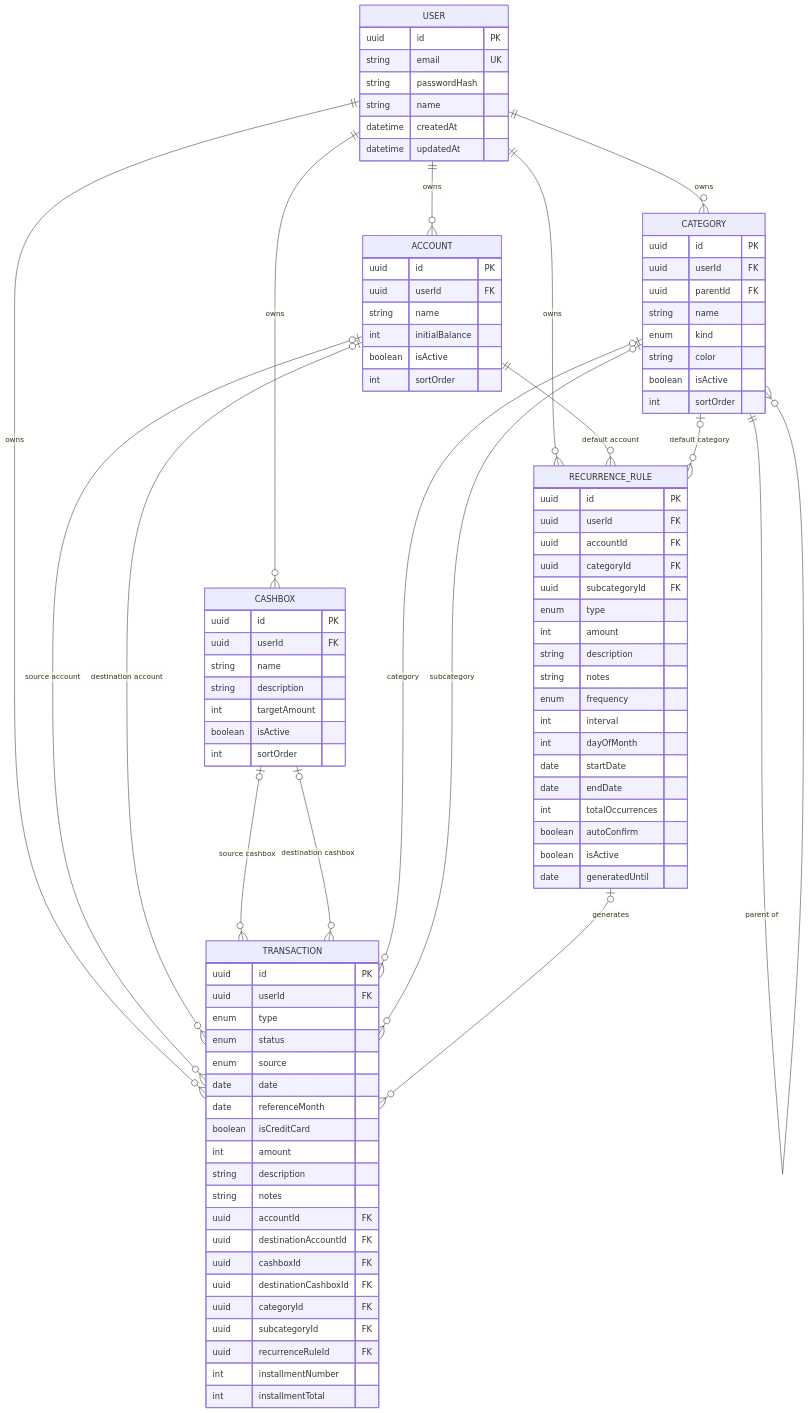
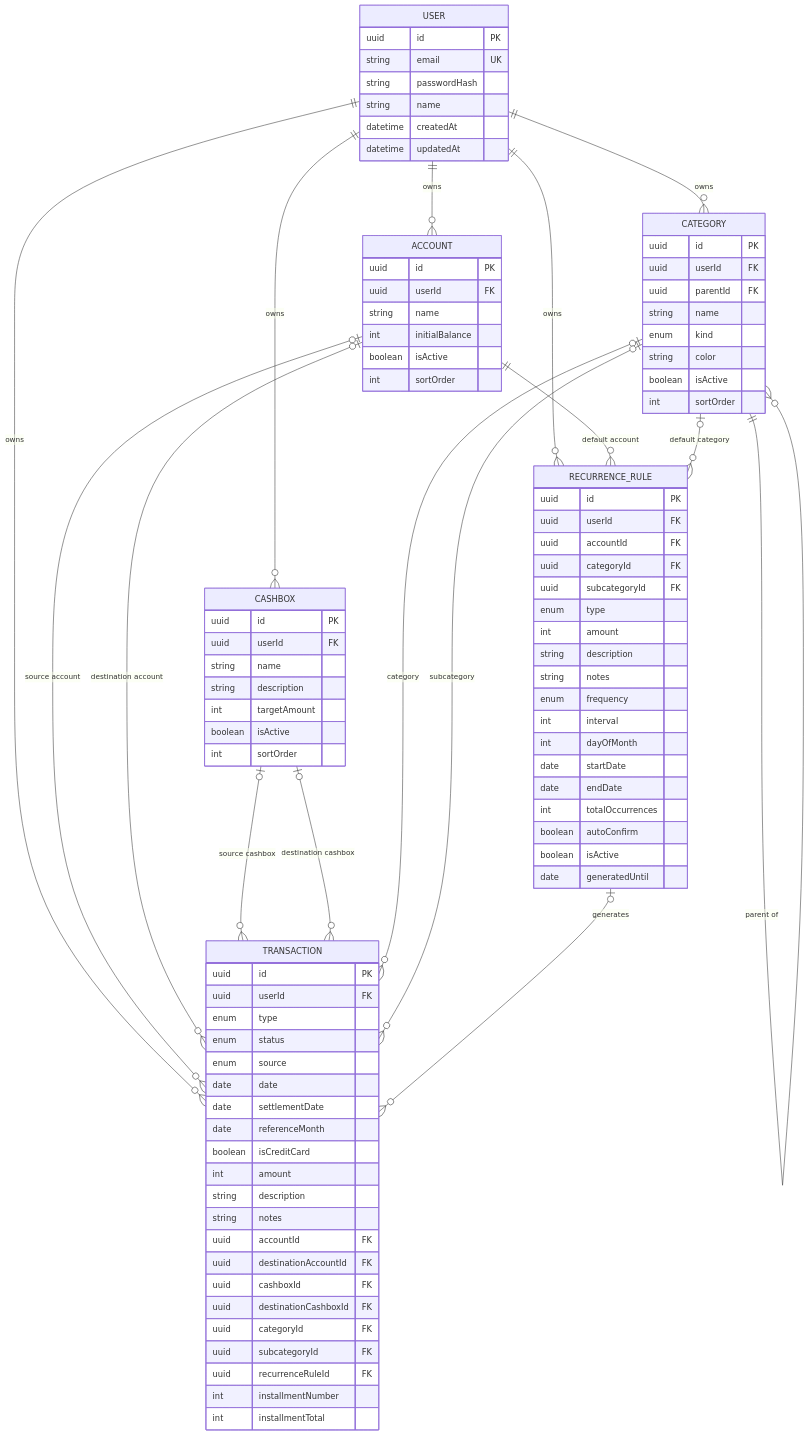
The diagram in docs/erd.mermaid (lbcoutinho/family-budget-webapp), drawn with Mermaid before and after one commit. The commit also changed 7 other files, not shown here.

Commit message:
docs: finalize settlement date contract (#320)

```diff
--- a/docs/erd.mermaid
+++ b/docs/erd.mermaid
@@ -1,102 +1,103 @@
 erDiagram
   USER ||--o{ ACCOUNT : owns
   USER ||--o{ CATEGORY : owns
   USER ||--o{ CASHBOX : owns
   USER ||--o{ TRANSACTION : owns
   USER ||--o{ RECURRENCE_RULE : owns
 
   CATEGORY ||--o{ CATEGORY : "parent of"
 
   ACCOUNT |o--o{ TRANSACTION : "source account"
   ACCOUNT |o--o{ TRANSACTION : "destination account"
   CASHBOX |o--o{ TRANSACTION : "source cashbox"
   CASHBOX |o--o{ TRANSACTION : "destination cashbox"
   CATEGORY |o--o{ TRANSACTION : "category"
   CATEGORY |o--o{ TRANSACTION : "subcategory"
   RECURRENCE_RULE |o--o{ TRANSACTION : "generates"
 
   ACCOUNT ||--o{ RECURRENCE_RULE : "default account"
   CATEGORY |o--o{ RECURRENCE_RULE : "default category"
 
   USER {
     uuid id PK
     string email UK
     string passwordHash
     string name
     datetime createdAt
     datetime updatedAt
   }
 
   ACCOUNT {
     uuid id PK
     uuid userId FK
     string name
     int initialBalance
     boolean isActive
     int sortOrder
   }
 
   CATEGORY {
     uuid id PK
     uuid userId FK
     uuid parentId FK
     string name
     enum kind
     string color
     boolean isActive
     int sortOrder
   }
 
   CASHBOX {
     uuid id PK
     uuid userId FK
     string name
     string description
     int targetAmount
     boolean isActive
     int sortOrder
   }
 
   TRANSACTION {
     uuid id PK
     uuid userId FK
     enum type
     enum status
     enum source
     date date
+    date settlementDate
     date referenceMonth
     boolean isCreditCard
     int amount
     string description
     string notes
     uuid accountId FK
     uuid destinationAccountId FK
     uuid cashboxId FK
     uuid destinationCashboxId FK
     uuid categoryId FK
     uuid subcategoryId FK
     uuid recurrenceRuleId FK
     int installmentNumber
     int installmentTotal
   }
 
   RECURRENCE_RULE {
     uuid id PK
     uuid userId FK
     uuid accountId FK
     uuid categoryId FK
     uuid subcategoryId FK
     enum type
     int amount
     string description
     string notes
     enum frequency
     int interval
     int dayOfMonth
     date startDate
     date endDate
     int totalOccurrences
     boolean autoConfirm
     boolean isActive
     date generatedUntil
   }
```
